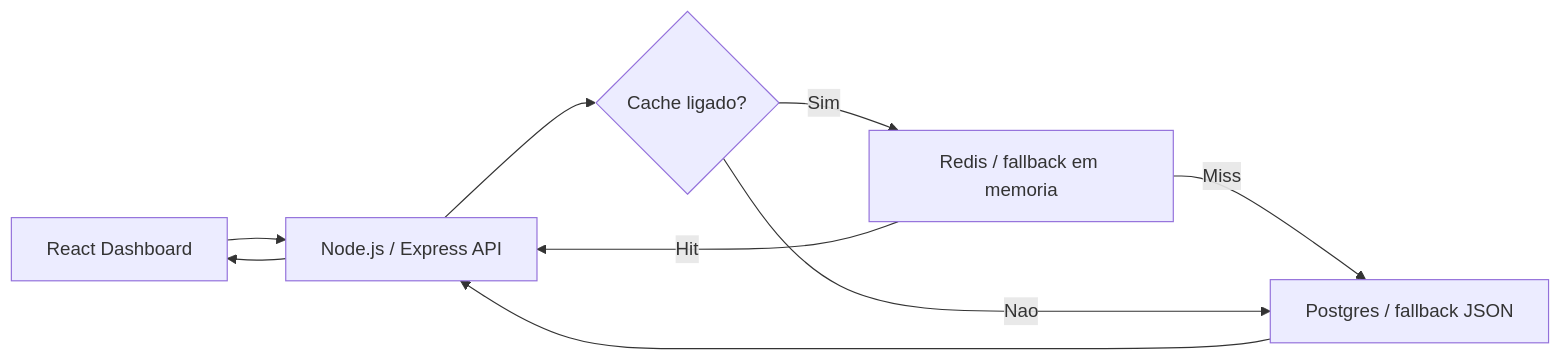
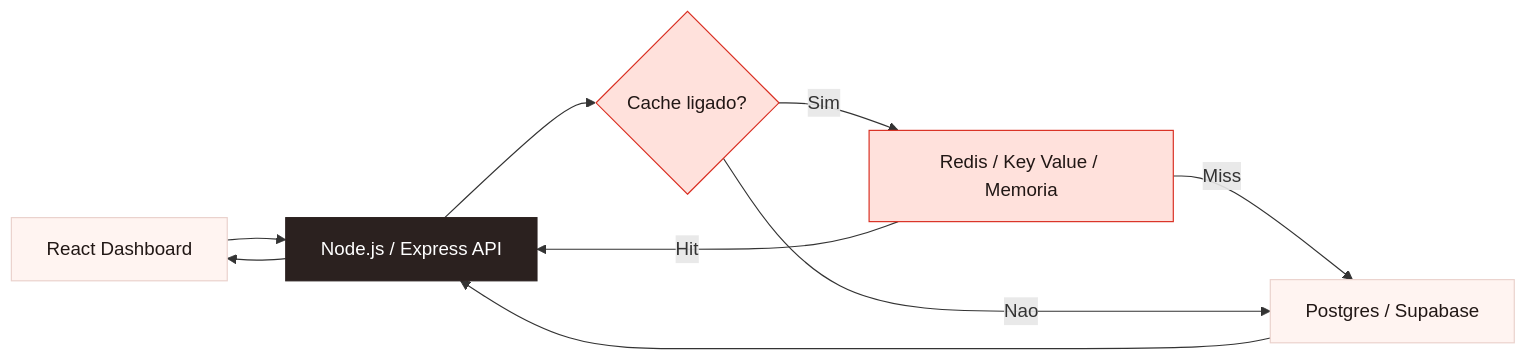
Before and after one commit to alencarleandro/CacheAside: the diagram in README.md, drawn with Mermaid. The commit also changed other lines of this file, not shown here.

````diff
--- a/README.md
+++ b/README.md
@@ -43,11 +38,19 @@
 ```mermaid
 flowchart LR
-  UI[React Dashboard] --> API[Node.js / Express API]
-  API --> C{Cache ligado?}
-  C -->|Sim| M[Redis / fallback em memoria]
-  M -->|Hit| API
-  M -->|Miss| DB[Postgres / fallback JSON]
-  C -->|Nao| DB
+  UI["React Dashboard"] --> API["Node.js / Express API"]
+  API --> TOGGLE{"Cache ligado?"}
+  TOGGLE -->|"Sim"| CACHE["Redis / Key Value / Memoria"]
+  CACHE -->|"Hit"| API
+  CACHE -->|"Miss"| DB["Postgres / Supabase"]
+  TOGGLE -->|"Nao"| DB
   DB --> API
   API --> UI
+
+  classDef red fill:#ffe1dc,stroke:#d92d20,color:#211715;
+  classDef dark fill:#2b211f,stroke:#2b211f,color:#ffffff;
+  classDef soft fill:#fff4f1,stroke:#ead1cc,color:#211715;
+
+  class CACHE,TOGGLE red;
+  class API dark;
+  class UI,DB soft;
 ```
````
